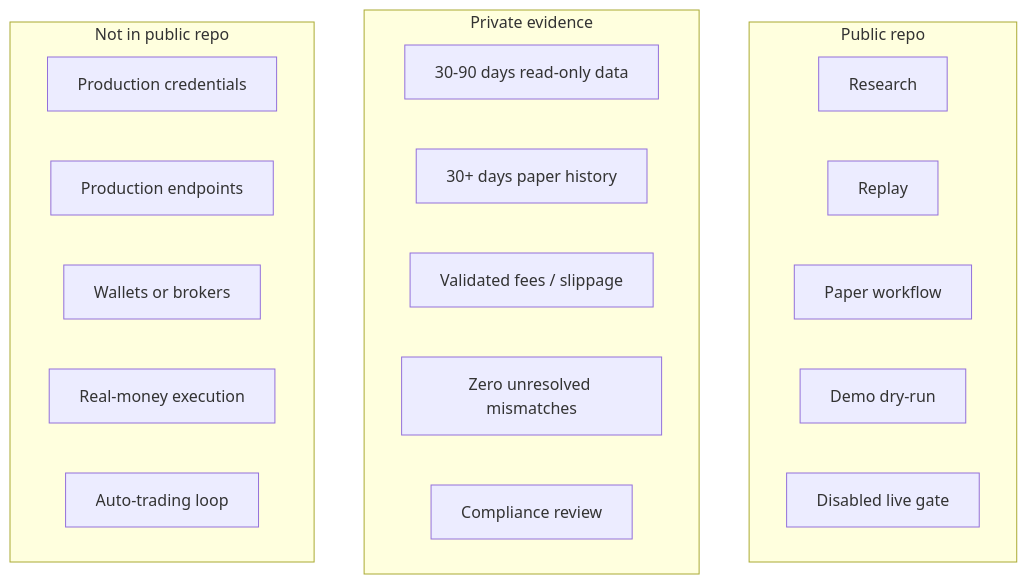
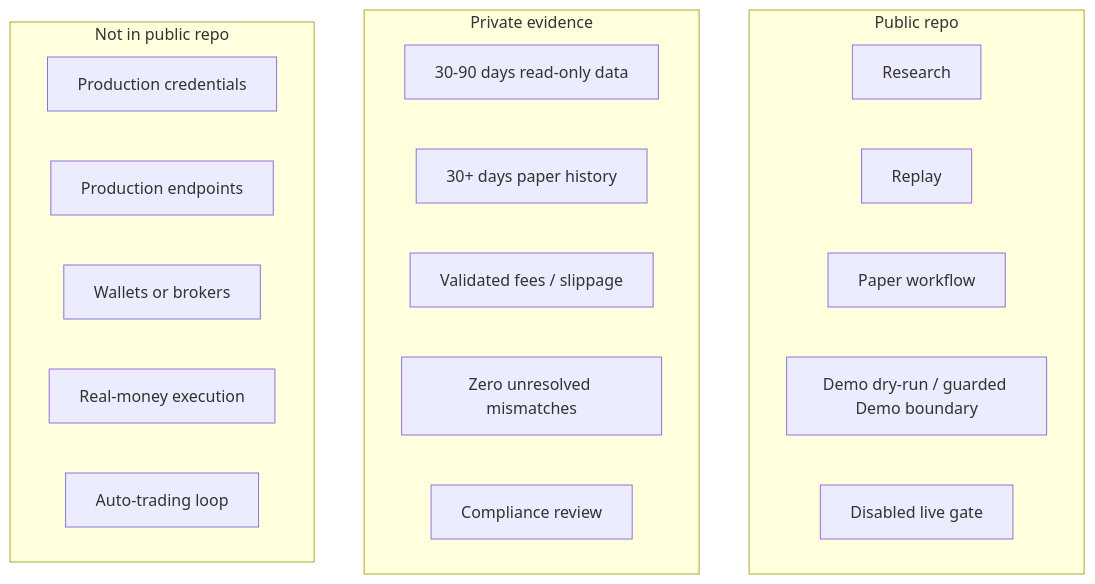
The fourth of 4 diagrams in docs/visual_overview.md (minqiyang/edmn-trader), drawn with Mermaid before and after one commit. The commit also changed other lines of this file and 5 other files, not shown here.

Commit message:
Refresh visual docs for guarded Demo boundary

````diff
--- a/docs/visual_overview.md
+++ b/docs/visual_overview.md
@@ -51,26 +52,26 @@
 ```mermaid
 flowchart TB
   subgraph Public["Public repo"]
     P1["Research"]
     P2["Replay"]
     P3["Paper workflow"]
-    P4["Demo dry-run"]
+    P4["Demo dry-run / guarded Demo boundary"]
     P5["Disabled live gate"]
   end
 
   subgraph Private["Private evidence"]
     E1["30-90 days read-only data"]
     E2["30+ days paper history"]
     E3["Validated fees / slippage"]
     E4["Zero unresolved mismatches"]
     E5["Compliance review"]
   end
 
   subgraph Excluded["Not in public repo"]
     X1["Production credentials"]
     X2["Production endpoints"]
     X3["Wallets or brokers"]
     X4["Real-money execution"]
     X5["Auto-trading loop"]
   end
 ```
````
